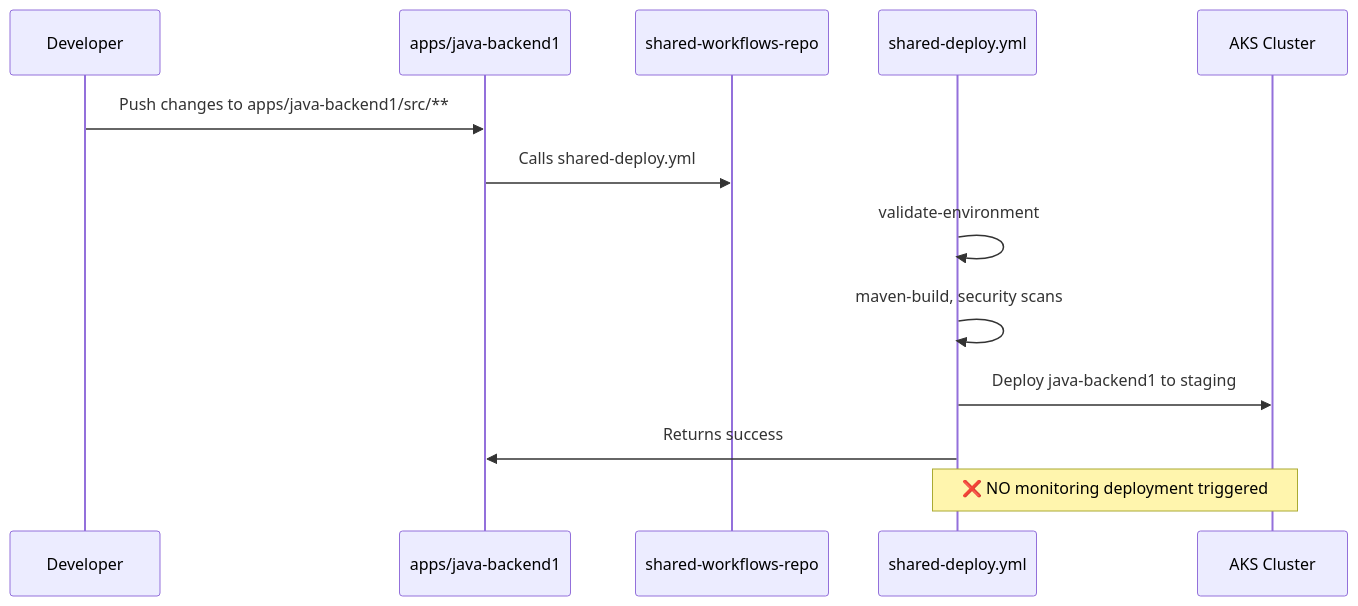
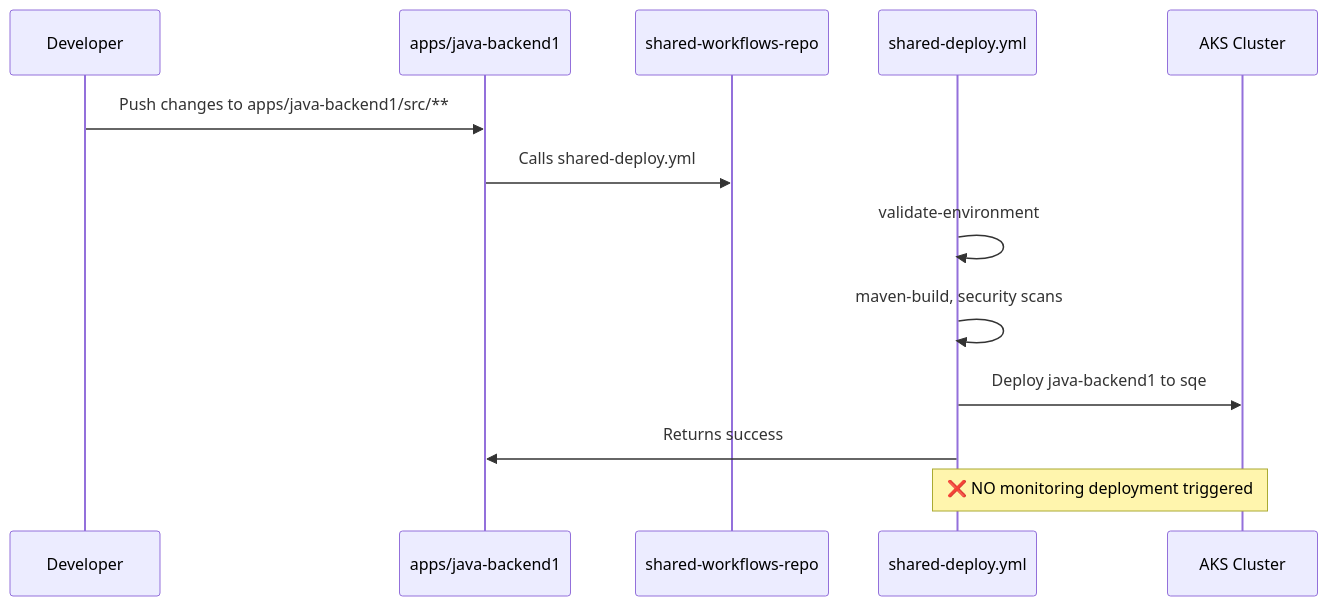
Before and after one commit to abhiksd/shared-workflows-testing: diagram 13 of 16 in docs/DEPLOYMENT_FLOWS_GUIDE.md, drawn with Mermaid. The commit also changed other lines of this file and 53 other files, not shown here.

First line of the commit message:
Comprehensive migration: Change staging to sqe across entire codebase

````diff
--- a/docs/DEPLOYMENT_FLOWS_GUIDE.md
+++ b/docs/DEPLOYMENT_FLOWS_GUIDE.md
@@ -590,17 +590,17 @@
 ```mermaid
 sequenceDiagram
     participant Dev as Developer
     participant App as apps/java-backend1
     participant Shared as shared-workflows-repo
     participant Deploy as shared-deploy.yml
     participant AKS as AKS Cluster
     
     Dev->>App: Push changes to apps/java-backend1/src/**
     App->>Shared: Calls shared-deploy.yml
     Deploy->>Deploy: validate-environment
     Deploy->>Deploy: maven-build, security scans
-    Deploy->>AKS: Deploy java-backend1 to staging
+    Deploy->>AKS: Deploy java-backend1 to sqe
     Deploy->>App: Returns success
     
     Note over Deploy,AKS: ❌ NO monitoring deployment triggered
 ```
````
